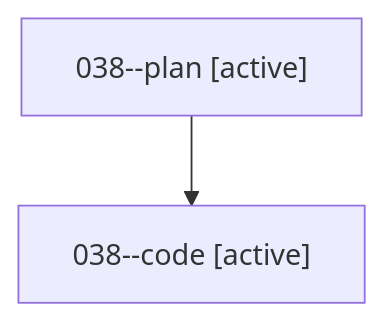
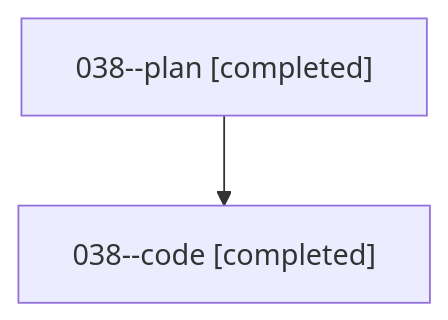
One commit to sase-org/sase--agents changed the diagram in families/bbugyi200.athena.038.md. Above: the diagram before and after it, drawn with Mermaid. The commit also changed other lines of this file and 31 other files, not shown here.

````diff
--- a/families/bbugyi200.athena.038.md
+++ b/families/bbugyi200.athena.038.md
@@ -9,6 +9,6 @@
 ```mermaid
 flowchart TD
-  n0["038--plan [active]"]
-  n1["038--code [active]"]
+  n0["038--plan [completed]"]
+  n1["038--code [completed]"]
   n0 --> n1
 ```
````
